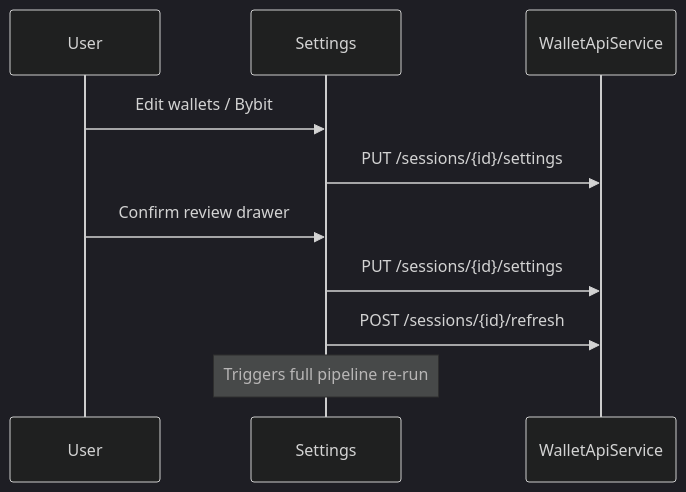
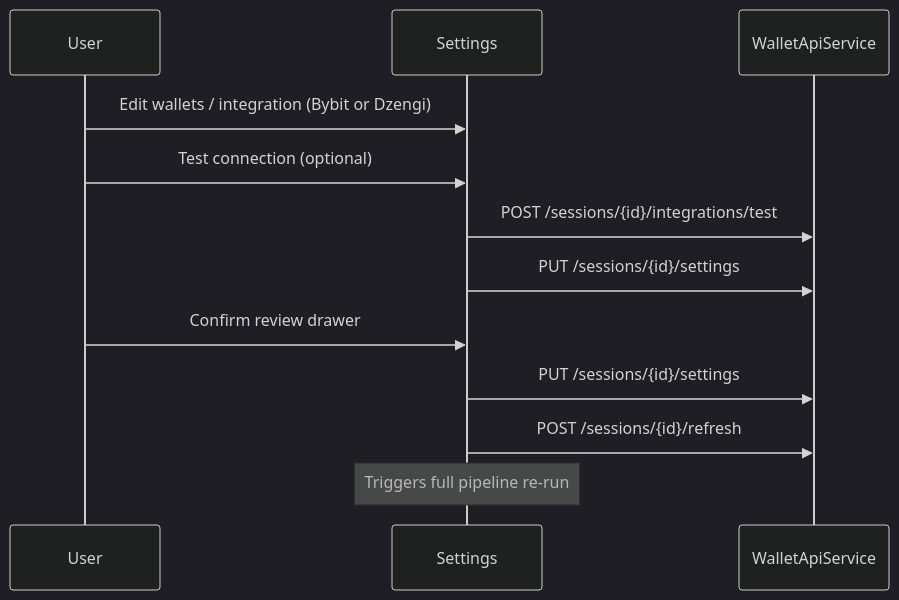
The diagram in docs/frontend/settings.md (Volad/wallet-radar), drawn with Mermaid (dark theme) before and after one commit. The commit also changed other lines of this file and 494 other files, not shown here.

First line of the commit message:
Dzengi integration (#13)

````diff
--- a/docs/frontend/settings.md
+++ b/docs/frontend/settings.md
@@ -27,13 +27,15 @@
 ```mermaid
 sequenceDiagram
   participant User
   participant Settings
   participant API as WalletApiService
 
-  User->>Settings: Edit wallets / Bybit
+  User->>Settings: Edit wallets / integration (Bybit or Dzengi)
+  User->>Settings: Test connection (optional)
+  Settings->>API: POST /sessions/{id}/integrations/test
   Settings->>API: PUT /sessions/{id}/settings
   User->>Settings: Confirm review drawer
   Settings->>API: PUT /sessions/{id}/settings
   Settings->>API: POST /sessions/{id}/refresh
   Note over Settings: Triggers full pipeline re-run
 ```
````
